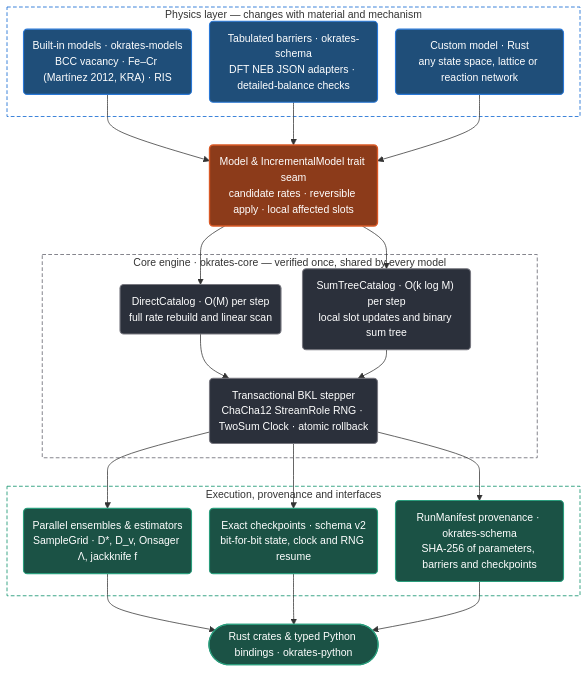
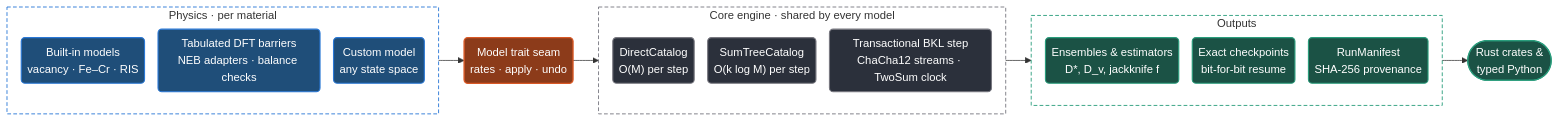
One commit to vzordillo/okrates changed the first of 2 diagrams in README.md. Above: the diagram before and after it, drawn with Mermaid. The commit also changed other lines of this file, not shown here.

Commit message:
README: compact the Mermaid diagrams (#16)
* README: restore the approved Mermaid diagrams, with shorter labels in the architecture

* README: keep the #13 diagrams, laid out left to right with shorter labels

---------

````diff
--- a/README.md
+++ b/README.md
@@ -39,45 +39,36 @@
 ```mermaid
-%%{init: {"flowchart": {"nodeSpacing": 24, "rankSpacing": 38, "padding": 12, "curve": "basis"}, "themeVariables": {"fontSize": "14px"}}}%%
-flowchart TB
-    subgraph phys["Physics layer — changes with material and mechanism"]
-        builtin("Built-in models · okrates-models<br/>BCC vacancy · Fe–Cr (Martínez 2012, KRA) · RIS")
-        tables("Tabulated barriers · okrates-schema<br/>DFT NEB JSON adapters · detailed-balance checks")
-        custom("Custom model · Rust<br/>any state space, lattice or reaction network")
+%%{init: {"flowchart": {"nodeSpacing": 18, "rankSpacing": 34, "padding": 8, "curve": "basis"}, "themeVariables": {"fontSize": "15px"}}}%%
+flowchart LR
+    subgraph phys["Physics · per material"]
+        direction TB
+        builtin("Built-in models<br/>vacancy · Fe–Cr · RIS")
+        tables("Tabulated DFT barriers<br/>NEB adapters · balance checks")
+        custom("Custom model<br/>any state space")
     end
-
-    seam("Model & IncrementalModel trait seam<br/>candidate rates · reversible apply · local affected slots")
-
-    subgraph core["Core engine · okrates-core — verified once, shared by every model"]
-        direct("DirectCatalog · O(M) per step<br/>full rate rebuild and linear scan")
-        sumtree("SumTreeCatalog · O(k log M) per step<br/>local slot updates and binary sum tree")
-        engine("Transactional BKL stepper<br/>ChaCha12 StreamRole RNG · TwoSum Clock · atomic rollback")
+    seam("Model trait seam<br/>rates · apply · undo")
+    subgraph core["Core engine · shared by every model"]
+        direction TB
+        direct("DirectCatalog<br/>O(M) per step")
+        sumtree("SumTreeCatalog<br/>O(k log M) per step")
+        engine("Transactional BKL step<br/>ChaCha12 streams · TwoSum clock")
     end
-
-    subgraph out["Execution, provenance and interfaces"]
-        ens("Parallel ensembles & estimators<br/>SampleGrid · D*, D_v, Onsager Λ, jackknife f")
-        ckpt("Exact checkpoints · schema v2<br/>bit-for-bit state, clock and RNG resume")
-        prov("RunManifest provenance · okrates-schema<br/>SHA-256 of parameters, barriers and checkpoints")
+    subgraph out["Outputs"]
+        direction TB
+        ens("Ensembles & estimators<br/>D*, D_v, jackknife f")
+        ckpt("Exact checkpoints<br/>bit-for-bit resume")
+        prov("RunManifest<br/>SHA-256 provenance")
     end
-
-    api(["Rust crates & typed Python bindings · okrates-python"])
-
-    builtin & tables & custom --> seam
-    seam --> direct & sumtree
-    direct & sumtree --> engine
-    engine --> ens & ckpt & prov
-    ens & ckpt & prov --> api
-
+    api(["Rust crates &<br/>typed Python"])
+    phys --> seam --> core --> out --> api
     classDef physNode fill:#1f4e79,stroke:#2a78d6,stroke-width:1.5px,color:#ffffff
     classDef seamNode fill:#8c3b1a,stroke:#d95926,stroke-width:1.8px,color:#ffffff
     classDef coreNode fill:#2b303b,stroke:#787880,stroke-width:1.5px,color:#ffffff
     classDef outNode fill:#1b5245,stroke:#2a9d7c,stroke-width:1.5px,color:#ffffff
-
     class builtin,tables,custom physNode
     class seam seamNode
     class direct,sumtree,engine coreNode
     class ens,ckpt,prov,api outNode
-
     style phys fill:none,stroke:#2a78d6,stroke-width:1.2px,stroke-dasharray: 5 3
     style core fill:none,stroke:#787880,stroke-width:1.2px,stroke-dasharray: 5 3
     style out fill:none,stroke:#2a9d7c,stroke-width:1.2px,stroke-dasharray: 5 3
 ```
````
